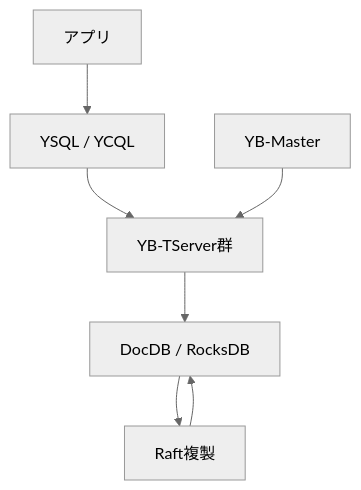
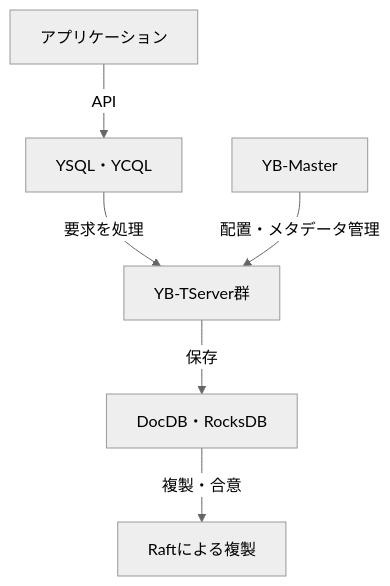
Before and after one commit to daylight55/research: the second of 3 diagrams in articles/report/newsql-yugabyte-brief/ja/index.mdx, drawn with Mermaid (neutral theme). The commit also changed other lines of this file and 181 other files, not shown here.

First line of the commit message:
全記事の図解368点を再生成し、共通注意書きを削除 (#402)

````diff
--- a/articles/report/newsql-yugabyte-brief/ja/index.mdx
+++ b/articles/report/newsql-yugabyte-brief/ja/index.mdx
@@ -92,9 +98,16 @@
 ```mermaid
-flowchart TB
-  App["アプリ"] --> API["YSQL / YCQL"]
-  API --> TS["YB-TServer群"]
-  Master["YB-Master"] --> TS
-  TS --> Doc["DocDB / RocksDB"]
-  Doc --> Raft["Raft複製"]
-  Raft --> Doc
+flowchart TD
+  accTitle: YugabyteDBのAPI・保存・複製の役割
+  accDescr: YSQL・YCQLからTServerの分散保存へ進み、Masterが配置を管理し、Raftが複製を支える。
+  N0["アプリケーション"]
+  N1["YSQL・YCQL"]
+  N2["YB-TServer群"]
+  N3["DocDB・RocksDB"]
+  N4["Raftによる複製"]
+  N5["YB-Master"]
+  N0 -->|API| N1
+  N1 -->|要求を処理| N2
+  N2 -->|保存| N3
+  N3 -->|複製・合意| N4
+  N5 -->|配置・メタデータ管理| N2
 ```
````
